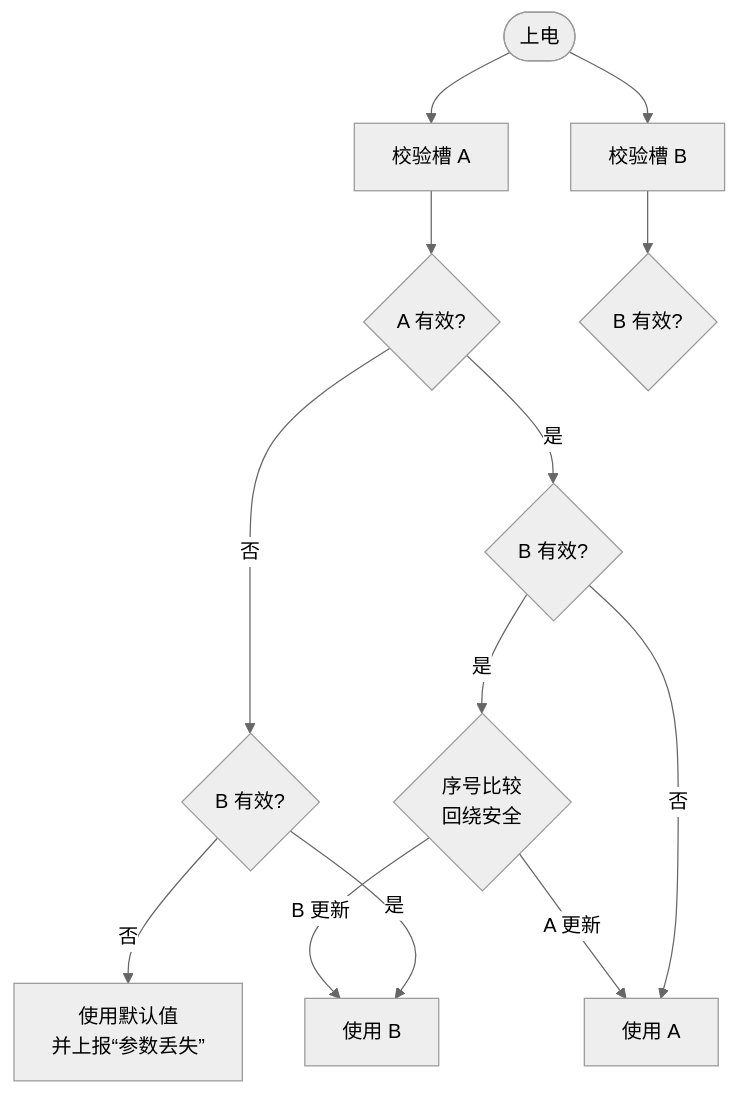
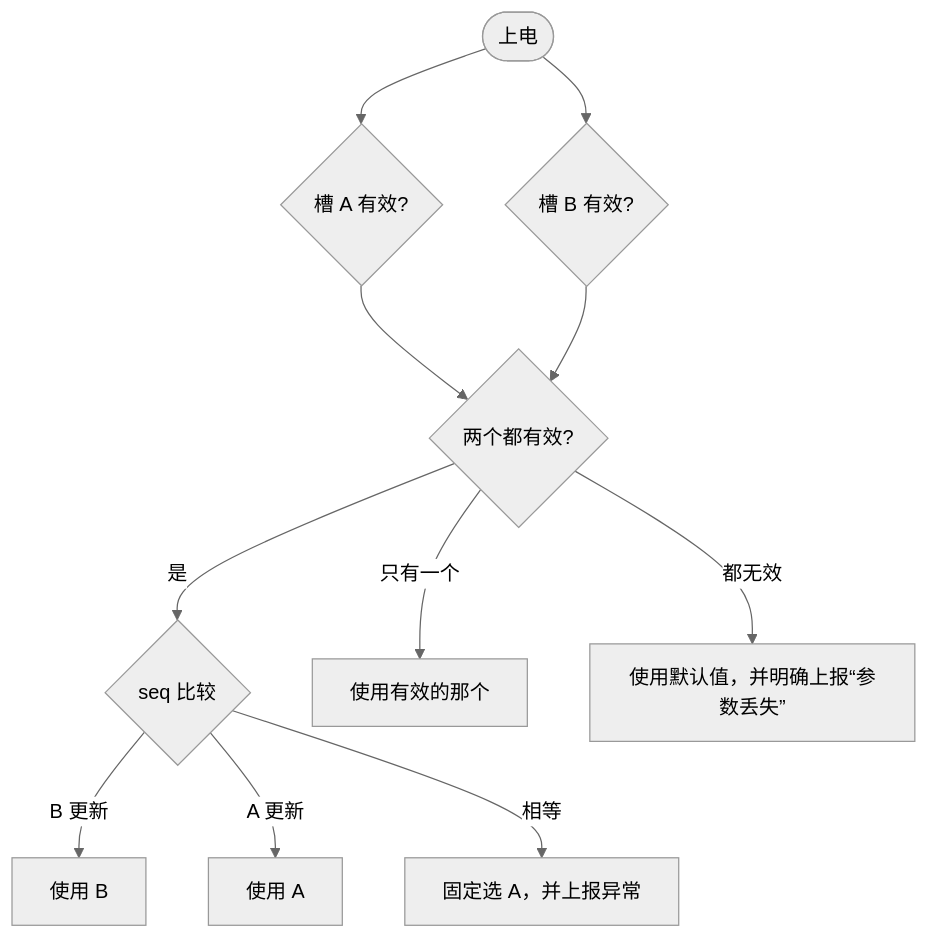
Before and after one commit to top-ws12345/top-ws12345.github.io: the fourth of 5 diagrams in _posts/2026-11-23-ab-flash-param.md, drawn with Mermaid (neutral theme). The commit also changed other lines of this file and 5 other files, not shown here.

Commit message:
[post] 6 篇文章重写为进阶版：按问题、约束、方案对比、失效模式、验证方法组织，每篇 4~6 张图

````diff
--- a/_posts/2026-11-23-ab-flash-param.md
+++ b/_posts/2026-11-23-ab-flash-param.md
@@ -78,15 +137,12 @@
 ```mermaid
 flowchart TD
-    S([上电]) --> RA[校验槽 A]
-    S --> RB[校验槽 B]
-    RA --> VA{A 有效?}
-    RB --> VB{B 有效?}
-    VA -->|否| X{B 有效?}
-    VA -->|是| Y{B 有效?}
-    X -->|是| UB[使用 B]
-    X -->|否| DEF[使用默认值<br/>并上报“参数丢失”]
-    Y -->|否| UA[使用 A]
-    Y -->|是| CMP{序号比较<br/>回绕安全}
-    CMP -->|B 更新| UB
-    CMP -->|A 更新| UA
+    S([上电]) --> VA{槽 A 有效?}
+    S --> VB{槽 B 有效?}
+    VA & VB --> D{两个都有效?}
+    D -->|是| N{seq 比较}
+    N -->|B 更新| UB[使用 B]
+    N -->|A 更新| UA[使用 A]
+    N -->|相等| EQ[固定选 A，并上报异常]
+    D -->|只有一个| U1[使用有效的那个]
+    D -->|都无效| DEF[使用默认值，并明确上报“参数丢失”]
 ```
````
